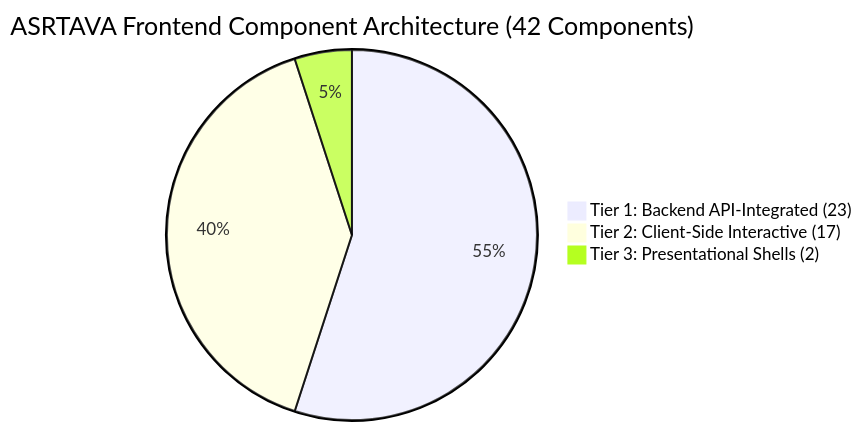
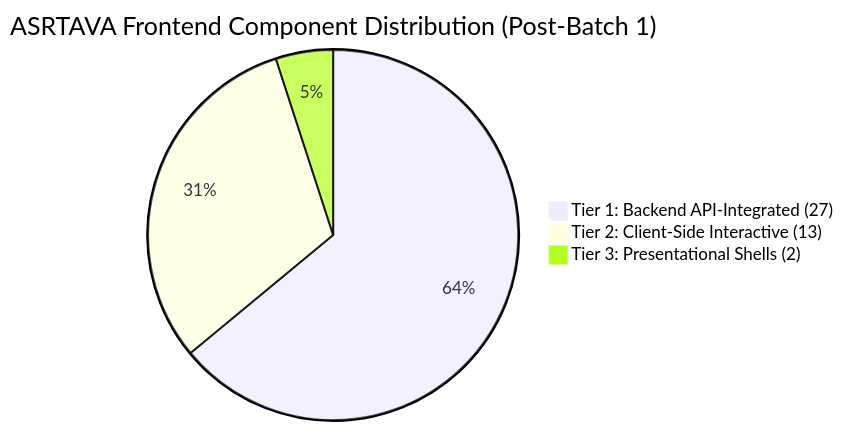
The diagram in docs/project/ASRTAVA_FRONTEND_COMPONENT_INTEGRATION_AUDIT.md (asrtava/asrtava), drawn with Mermaid before and after one commit. The commit also changed other lines of this file and 5 other files, not shown here.

````diff
--- a/docs/project/ASRTAVA_FRONTEND_COMPONENT_INTEGRATION_AUDIT.md
+++ b/docs/project/ASRTAVA_FRONTEND_COMPONENT_INTEGRATION_AUDIT.md
@@ -28,6 +28,6 @@
 ```mermaid
-pie title ASRTAVA Frontend Component Architecture (42 Components)
-    "Tier 1: Backend API-Integrated (23)" : 55
-    "Tier 2: Client-Side Interactive (17)" : 40
+pie title ASRTAVA Frontend Component Distribution (Post-Batch 1)
+    "Tier 1: Backend API-Integrated (27)" : 64
+    "Tier 2: Client-Side Interactive (13)" : 31
     "Tier 3: Presentational Shells (2)" : 5
 ```
````
